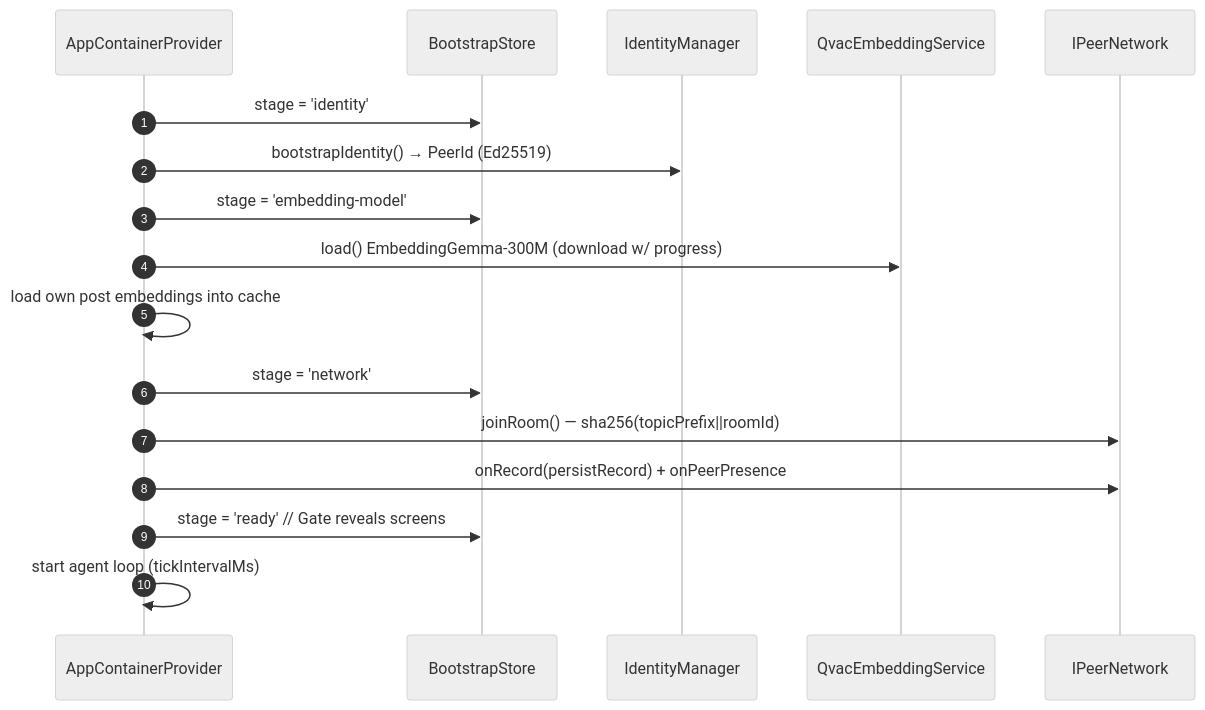
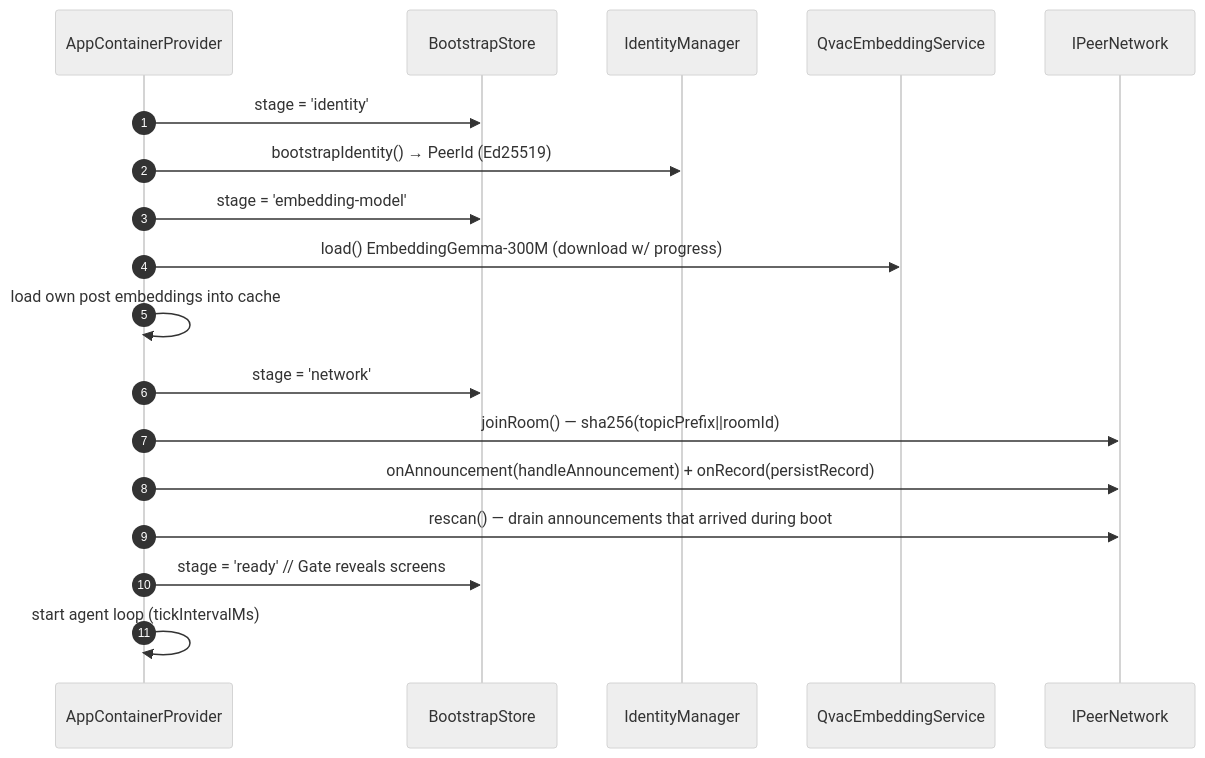
Before and after one commit to Helldez/Resonance: the ninth of 9 diagrams in docs/DIAGRAMS.md, drawn with Mermaid (neutral theme). The commit also changed other lines of this file and 12 other files, not shown here.

````diff
--- a/docs/DIAGRAMS.md
+++ b/docs/DIAGRAMS.md
@@ -361,20 +388,21 @@
 ```mermaid
 sequenceDiagram
     autonumber
     participant App as AppContainerProvider
     participant BS as BootstrapStore
     participant Id as IdentityManager
     participant Emb as QvacEmbeddingService
     participant Net as IPeerNetwork
 
     App->>BS: stage = 'identity'
     App->>Id: bootstrapIdentity() → PeerId (Ed25519)
     App->>BS: stage = 'embedding-model'
     App->>Emb: load() EmbeddingGemma-300M (download w/ progress)
     App->>App: load own post embeddings into cache
     App->>BS: stage = 'network'
     App->>Net: joinRoom() — sha256(topicPrefix||roomId)
-    App->>Net: onRecord(persistRecord) + onPeerPresence
+    App->>Net: onAnnouncement(handleAnnouncement) + onRecord(persistRecord)
+    App->>Net: rescan() — drain announcements that arrived during boot
     App->>BS: stage = 'ready'  // Gate reveals screens
     App->>App: start agent loop (tickIntervalMs)
 ```
````
